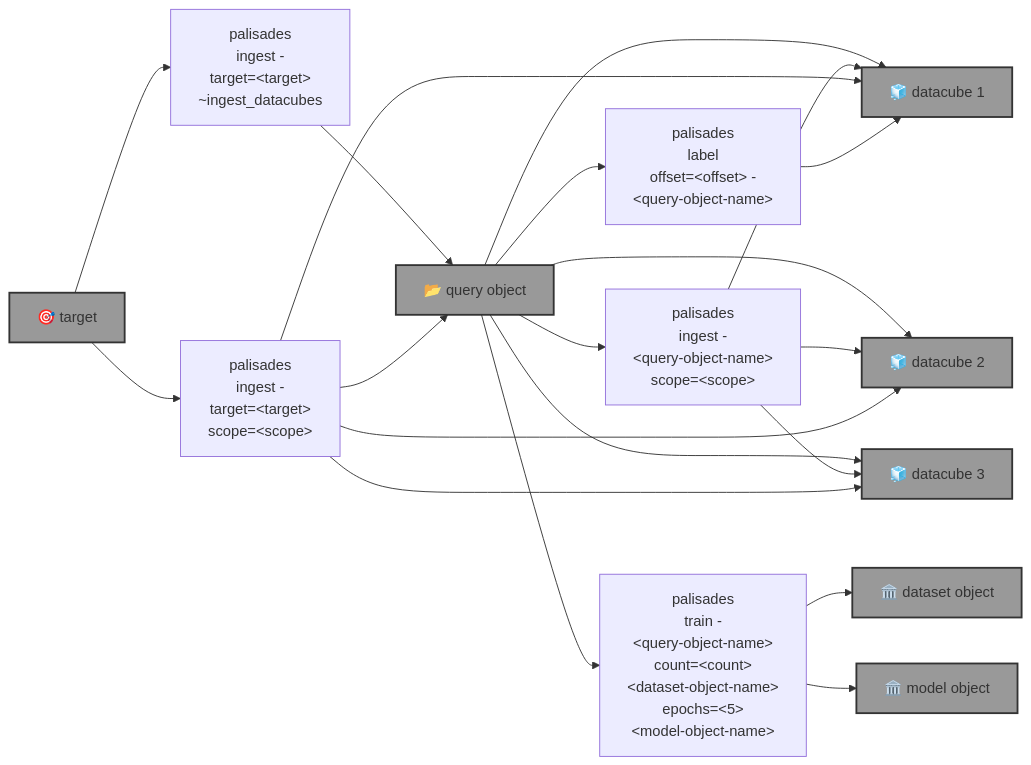
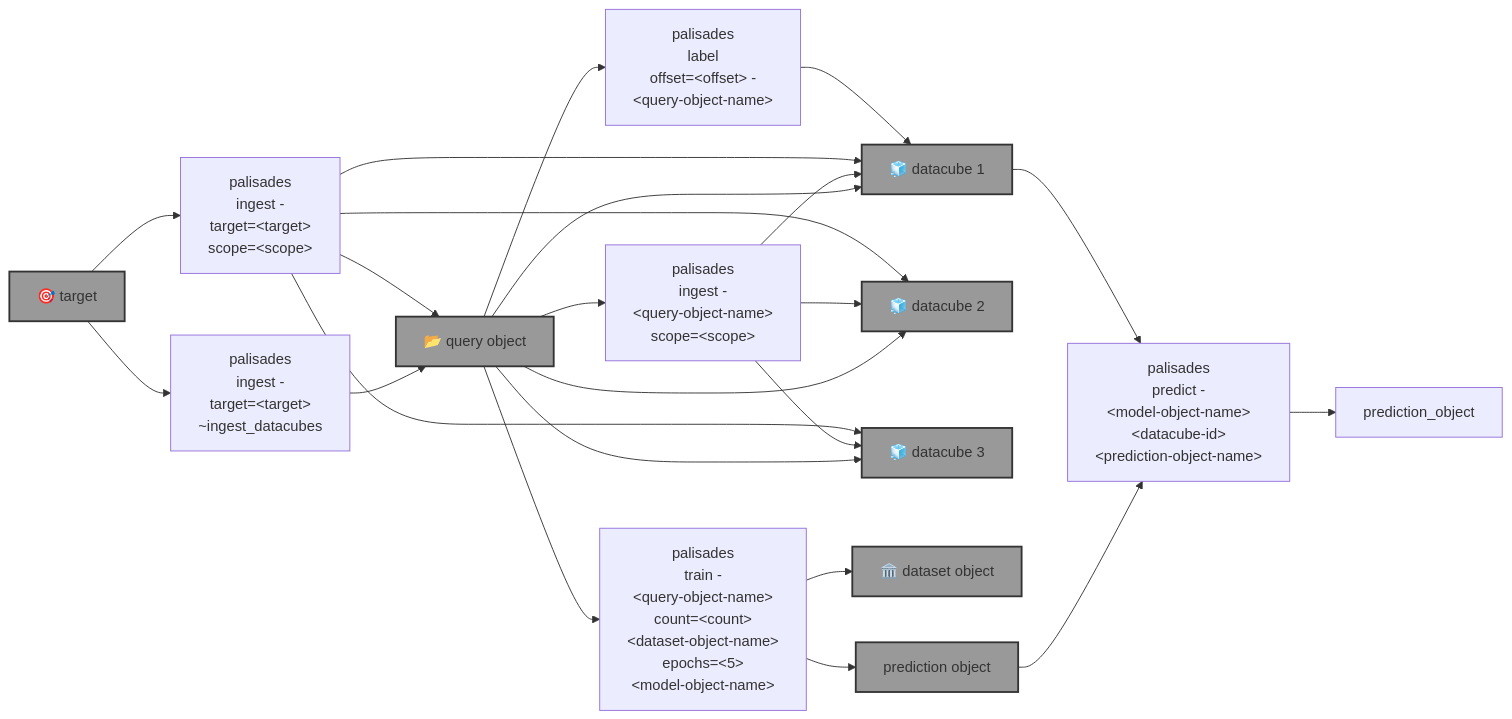
The diagram in blue_sandbox/palisades/README.md (kamangir/blue-sandbox), drawn with Mermaid before and after one commit. The commit also changed 9 other files, not shown here.

Commit message:
palisades predict - kamangir/bolt#746

````diff
--- a/blue_sandbox/palisades/README.md
+++ b/blue_sandbox/palisades/README.md
@@ -5,47 +5,54 @@
 ```mermaid
 graph LR
     palisades_ingest_query_ingest["palisades<br>ingest -<br>&lt;query-object-name&gt;<br>scope=&lt;scope&gt;"]
 
     palisades_ingest_target["palisades<br>ingest -<br>target=&lt;target&gt;<br>~ingest_datacubes"]
 
     palisades_ingest_target_ingest["palisades<br>ingest -<br>target=&lt;target&gt;<br>scope=&lt;scope&gt;"]
 
     palisades_label["palisades<br>label<br>offset=&lt;offset&gt; -<br>&lt;query-object-name&gt;"]
 
     palisades_train["palisades<br>train -<br>&lt;query-object-name&gt;<br>count=&lt;count&gt;<br>&lt;dataset-object-name&gt;<br>epochs=&lt;5&gt;<br>&lt;model-object-name&gt;"]
 
+    palisades_predict["palisades<br>predict -<br>&lt;model-object-name&gt;<br>&lt;datacube-id&gt;<br>&lt;prediction-object-name&gt;"]
+
     target["🎯 target"]:::folder
     query_object["📂 query object"]:::folder
     datacube_1["🧊 datacube 1"]:::folder
     datacube_2["🧊 datacube 2"]:::folder
     datacube_3["🧊 datacube 3"]:::folder
     dataset_object["🏛️ dataset object"]:::folder
     model_object["🏛️ model object"]:::folder
+    model_object["prediction object"]:::folder
 
     query_object --> datacube_1
     query_object --> datacube_2
     query_object --> datacube_3
 
     query_object --> palisades_ingest_query_ingest
     palisades_ingest_query_ingest --> datacube_1
     palisades_ingest_query_ingest --> datacube_2
     palisades_ingest_query_ingest --> datacube_3
 
     target --> palisades_ingest_target
     palisades_ingest_target --> query_object
 
     target --> palisades_ingest_target_ingest
     palisades_ingest_target_ingest --> query_object
     palisades_ingest_target_ingest --> datacube_1
     palisades_ingest_target_ingest --> datacube_2
     palisades_ingest_target_ingest --> datacube_3
 
     query_object --> palisades_label
     palisades_label --> datacube_1
 
     query_object --> palisades_train
     palisades_train --> dataset_object
     palisades_train --> model_object
 
+    model_object --> palisades_predict
+    datacube_1 --> palisades_predict
+    palisades_predict --> prediction_object
+
     classDef folder fill:#999,stroke:#333,stroke-width:2px;
 ```
````
